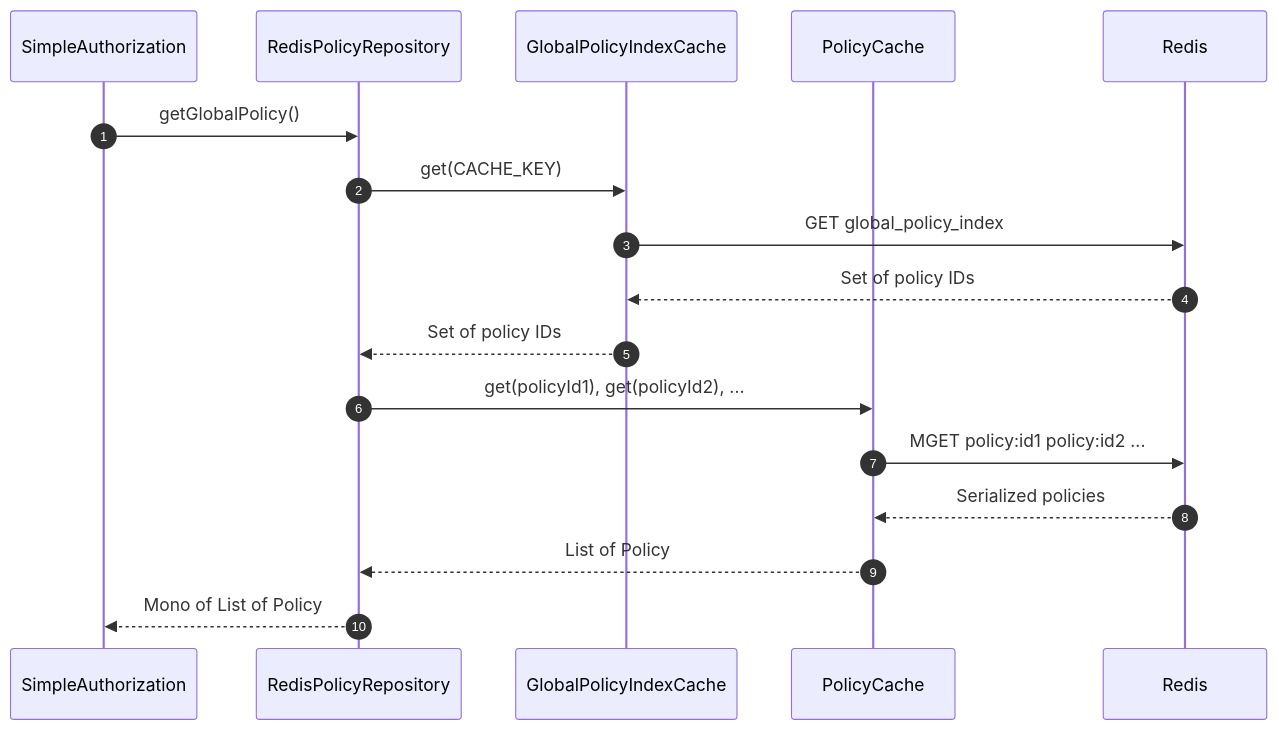
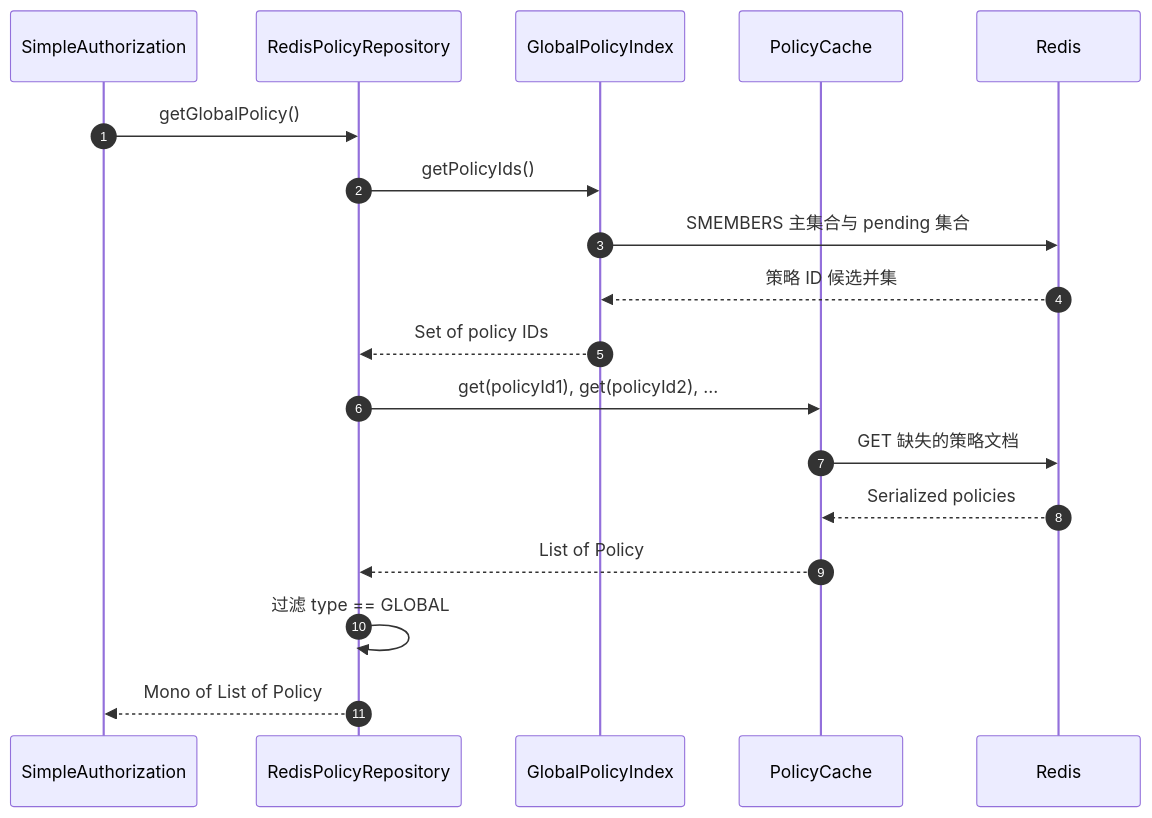
The second of 4 diagrams in wiki/zh/deep-dive/integrations/redis-caching.md (Ahoo-Wang/CoSec), drawn with Mermaid before and after one commit. The commit also changed other lines of this file and 43 other files, not shown here.

````diff
--- a/wiki/zh/deep-dive/integrations/redis-caching.md
+++ b/wiki/zh/deep-dive/integrations/redis-caching.md
@@ -53,23 +55,24 @@
 ```mermaid
 sequenceDiagram
     autonumber
     participant Auth as SimpleAuthorization
     participant Repo as RedisPolicyRepository
-    participant IndexCache as GlobalPolicyIndexCache
+    participant Index as GlobalPolicyIndex
     participant PolicyCache as PolicyCache
     participant Redis
 
     Auth->>Repo: getGlobalPolicy()
-    Repo->>IndexCache: get(CACHE_KEY)
-    IndexCache->>Redis: GET global_policy_index
-    Redis-->>IndexCache: Set of policy IDs
-    IndexCache-->>Repo: Set of policy IDs
+    Repo->>Index: getPolicyIds()
+    Index->>Redis: SMEMBERS 主集合与 pending 集合
+    Redis-->>Index: 策略 ID 候选并集
+    Index-->>Repo: Set of policy IDs
     Repo->>PolicyCache: get(policyId1), get(policyId2), ...
-    PolicyCache->>Redis: MGET policy:id1 policy:id2 ...
+    PolicyCache->>Redis: GET 缺失的策略文档
     Redis-->>PolicyCache: Serialized policies
     PolicyCache-->>Repo: List of Policy
+    Repo->>Repo: 过滤 type == GLOBAL
     Repo-->>Auth: Mono of List of Policy
 
 
 
 ```
````
